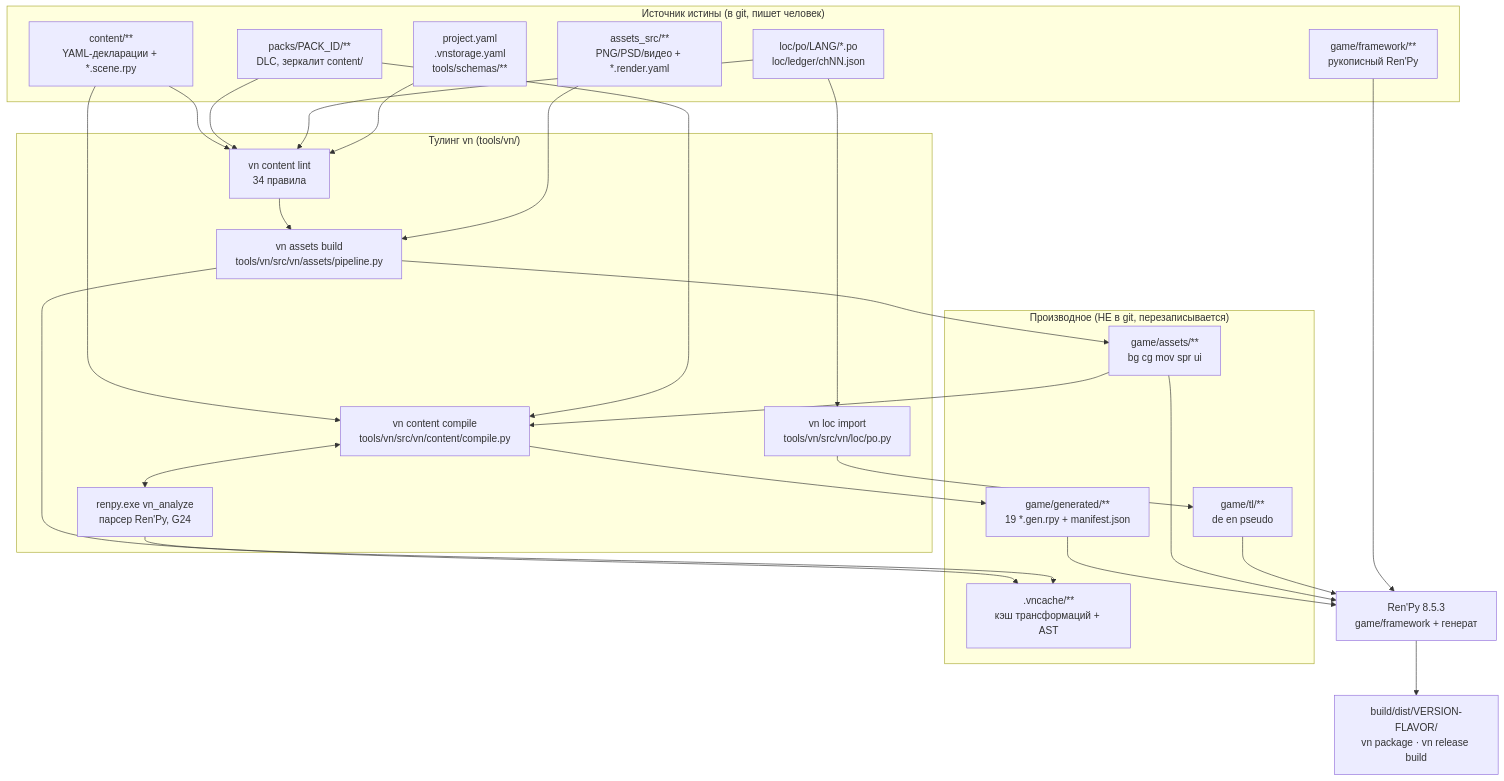
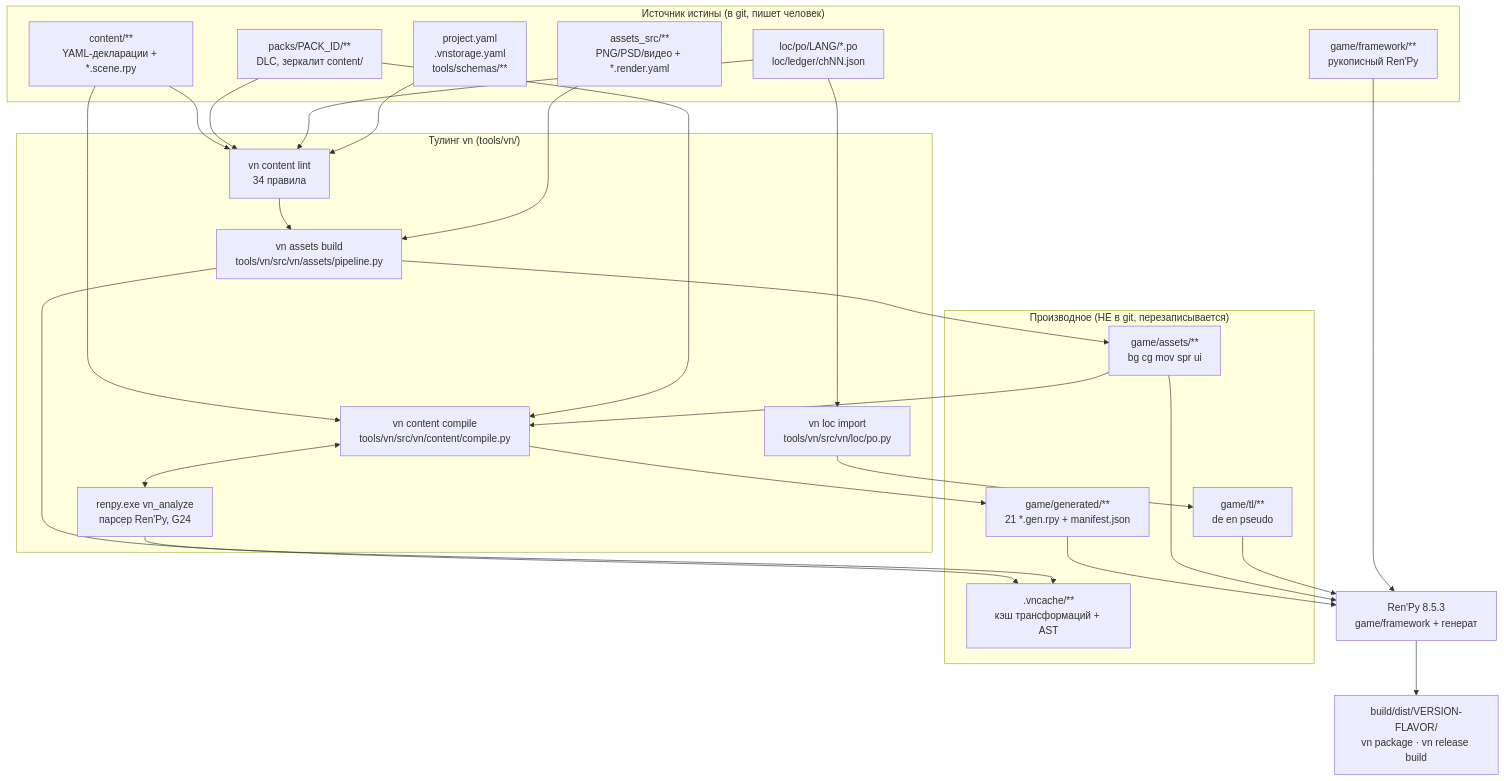
The diagram in docs/handbook/02-architecture.md (Onemyname/renpy), drawn with Mermaid before and after one commit. The commit also changed other lines of this file and 61 other files, not shown here.

````diff
--- a/docs/handbook/02-architecture.md
+++ b/docs/handbook/02-architecture.md
@@ -35,51 +35,51 @@
 ```mermaid
 flowchart TB
     subgraph SRC["Источник истины (в git, пишет человек)"]
         C["content/**<br/>YAML-декларации + *.scene.rpy"]
         P["packs/PACK_ID/**<br/>DLC, зеркалит content/"]
         A["assets_src/**<br/>PNG/PSD/видео + *.render.yaml"]
         L["loc/po/LANG/*.po<br/>loc/ledger/chNN.json"]
         FW["game/framework/**<br/>рукописный Ren'Py"]
         PJ["project.yaml<br/>.vnstorage.yaml<br/>tools/schemas/**"]
     end
 
     subgraph TOOL["Тулинг vn (tools/vn/)"]
         LINT["vn content lint<br/>34 правила"]
         ASSETS["vn assets build<br/>tools/vn/src/vn/assets/pipeline.py"]
         COMP["vn content compile<br/>tools/vn/src/vn/content/compile.py"]
         LOCI["vn loc import<br/>tools/vn/src/vn/loc/po.py"]
         BRIDGE["renpy.exe vn_analyze<br/>парсер Ren'Py, G24"]
     end
 
     subgraph DER["Производное (НЕ в git, перезаписывается)"]
-        GEN["game/generated/**<br/>19 *.gen.rpy + manifest.json"]
+        GEN["game/generated/**<br/>21 *.gen.rpy + manifest.json"]
         GA["game/assets/**<br/>bg cg mov spr ui"]
         TL["game/tl/**<br/>de en pseudo"]
         CACHE[".vncache/**<br/>кэш трансформаций + AST"]
     end
 
     ENG["Ren'Py 8.5.3<br/>game/framework + генерат"]
     DIST["build/dist/VERSION-FLAVOR/<br/>vn package · vn release build"]
 
     C --> LINT
     P --> LINT
     L --> LINT
     PJ --> LINT
     LINT --> ASSETS
     A --> ASSETS
     ASSETS --> GA
     ASSETS --> CACHE
     GA --> COMP
     C --> COMP
     P --> COMP
     COMP <--> BRIDGE
     BRIDGE --> CACHE
     COMP --> GEN
     L --> LOCI
     LOCI --> TL
     GEN --> ENG
     GA --> ENG
     TL --> ENG
     FW --> ENG
     ENG --> DIST
 ```
````
